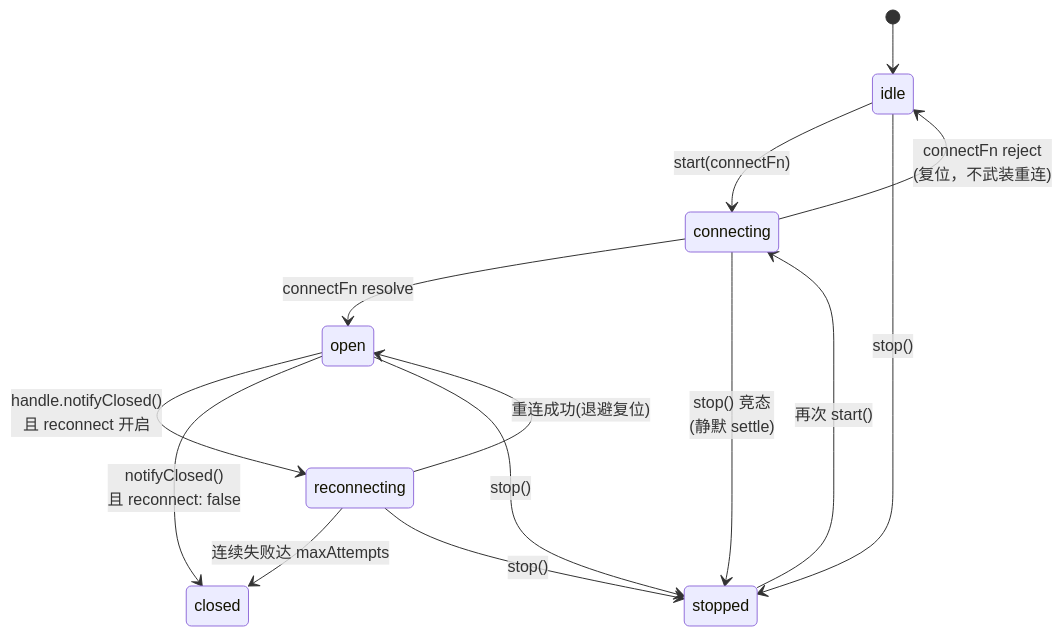
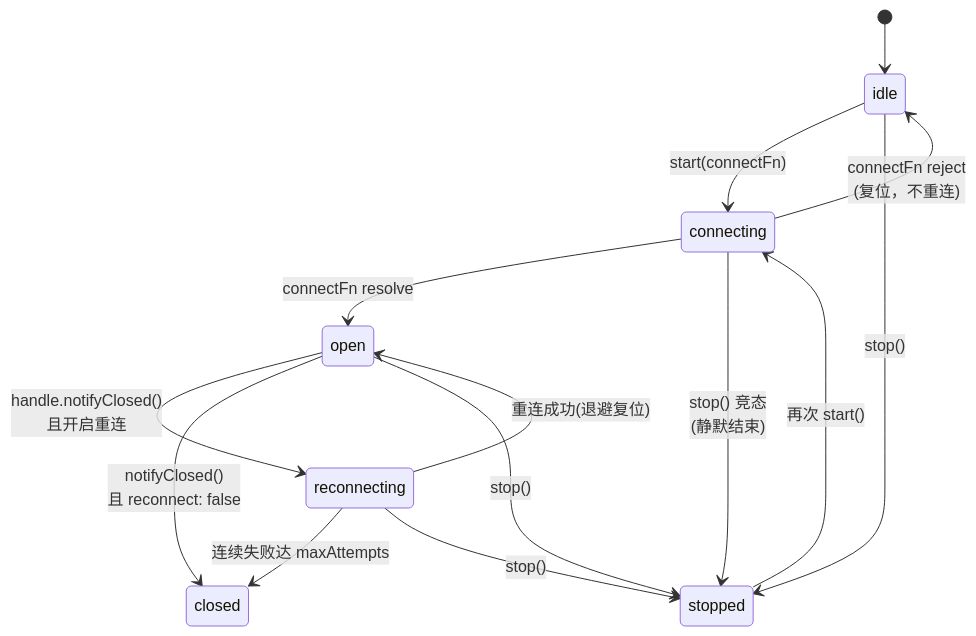
Before and after one commit to zhinjs/zhin: the diagram in docs/authoring/endpoint-lifecycle.md, drawn with Mermaid. The commit also changed other lines of this file and 9 other files, not shown here.

````diff
--- a/docs/authoring/endpoint-lifecycle.md
+++ b/docs/authoring/endpoint-lifecycle.md
@@ -7,16 +171,16 @@
 ```mermaid
 stateDiagram-v2
   [*] --> idle
   idle --> connecting: start(connectFn)
   connecting --> open: connectFn resolve
-  connecting --> idle: connectFn reject<br/>(复位，不武装重连)
-  connecting --> stopped: stop() 竞态<br/>(静默 settle)
-  open --> reconnecting: handle.notifyClosed()<br/>且 reconnect 开启
+  connecting --> idle: connectFn reject<br/>(复位，不重连)
+  connecting --> stopped: stop() 竞态<br/>(静默结束)
+  open --> reconnecting: handle.notifyClosed()<br/>且开启重连
   open --> closed: notifyClosed()<br/>且 reconnect: false
   reconnecting --> open: 重连成功(退避复位)
   reconnecting --> closed: 连续失败达 maxAttempts
   idle --> stopped: stop()
   open --> stopped: stop()
   reconnecting --> stopped: stop()
   stopped --> connecting: 再次 start()
 ```
````
